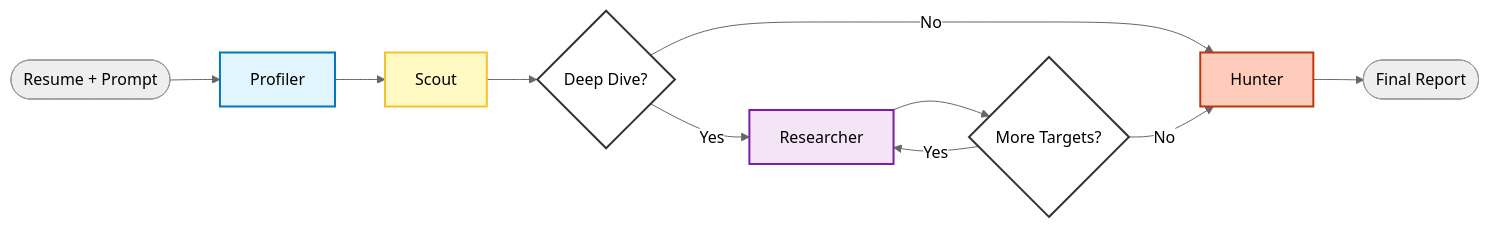
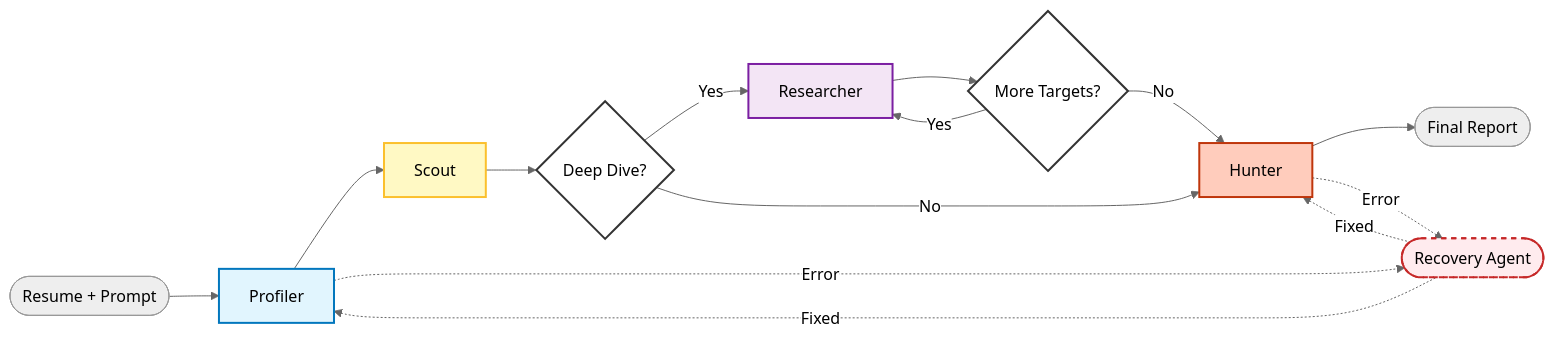
Before and after one commit to tmythicator/headless-hunter: the diagram in README.md, drawn with Mermaid (neutral theme). The commit also changed other lines of this file, not shown here.

Commit message:
docs: update info on recovering agent

````diff
--- a/README.md
+++ b/README.md
@@ -30,23 +31,29 @@
 ```mermaid
 flowchart LR
     User([Resume + Prompt]) --> Profiler
     Profiler --> Scout
     Scout --> Deep{Deep Dive?}
 
     Deep -- Yes --> Researcher
     Deep -- No --> Hunter
 
     Researcher --> More{More Targets?}
     More -- Yes --> Researcher
     More -- No --> Hunter
 
     Hunter --> Report([Final Report])
 
+    Profiler -. Error .-> Recovery([Recovery Agent])
+    Recovery -. Fixed .-> Profiler
+    Hunter -. Error .-> Recovery
+    Recovery -. Fixed .-> Hunter
+
     %% Soft Professional Palette
     style Profiler fill:#e1f5fe,stroke:#0277bd,stroke-width:2px,color:#000
     style Scout fill:#fff9c4,stroke:#fbc02d,stroke-width:2px,color:#000
     style Researcher fill:#f3e5f5,stroke:#7b1fa2,stroke-width:2px,color:#000
     style Hunter fill:#ffccbc,stroke:#bf360c,stroke-width:2px,color:#000
+    style Recovery fill:#ffebee,stroke:#c62828,stroke-width:2px,stroke-dasharray: 5 5,color:#000
     style Deep fill:#ffffff,stroke:#333,stroke-width:2px,color:#000
     style More fill:#ffffff,stroke:#333,stroke-width:2px,color:#000
 ```
````
